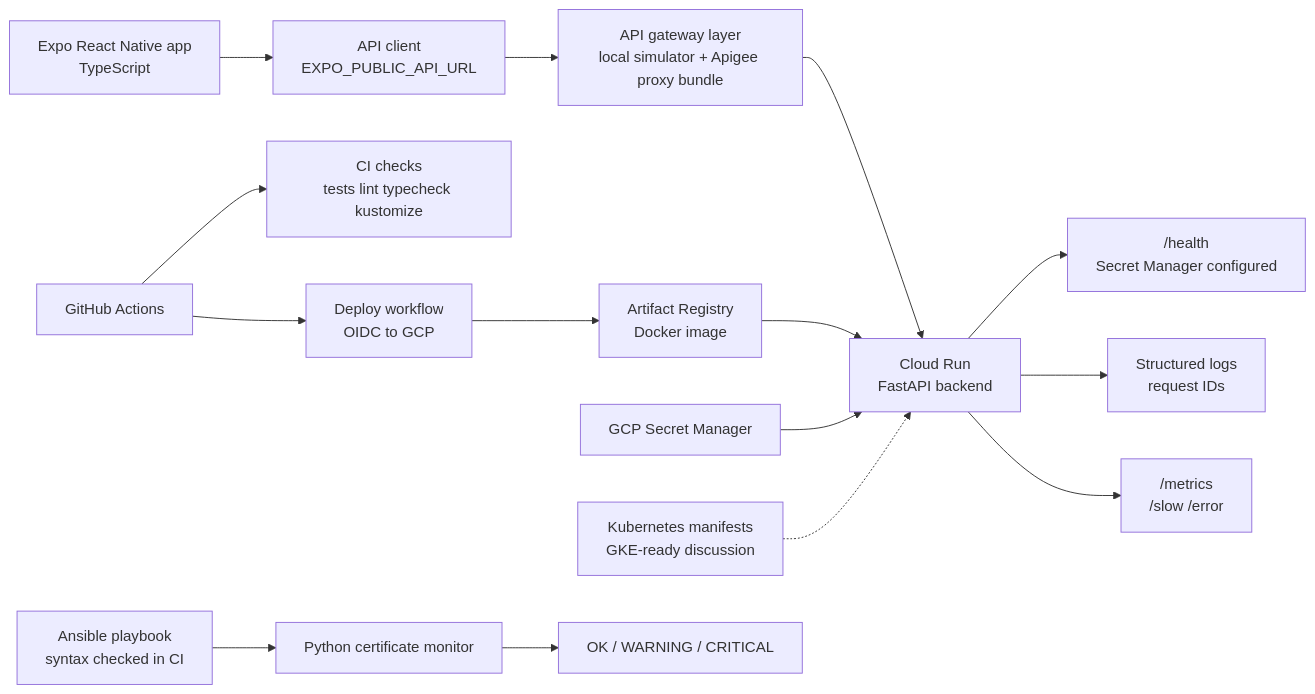
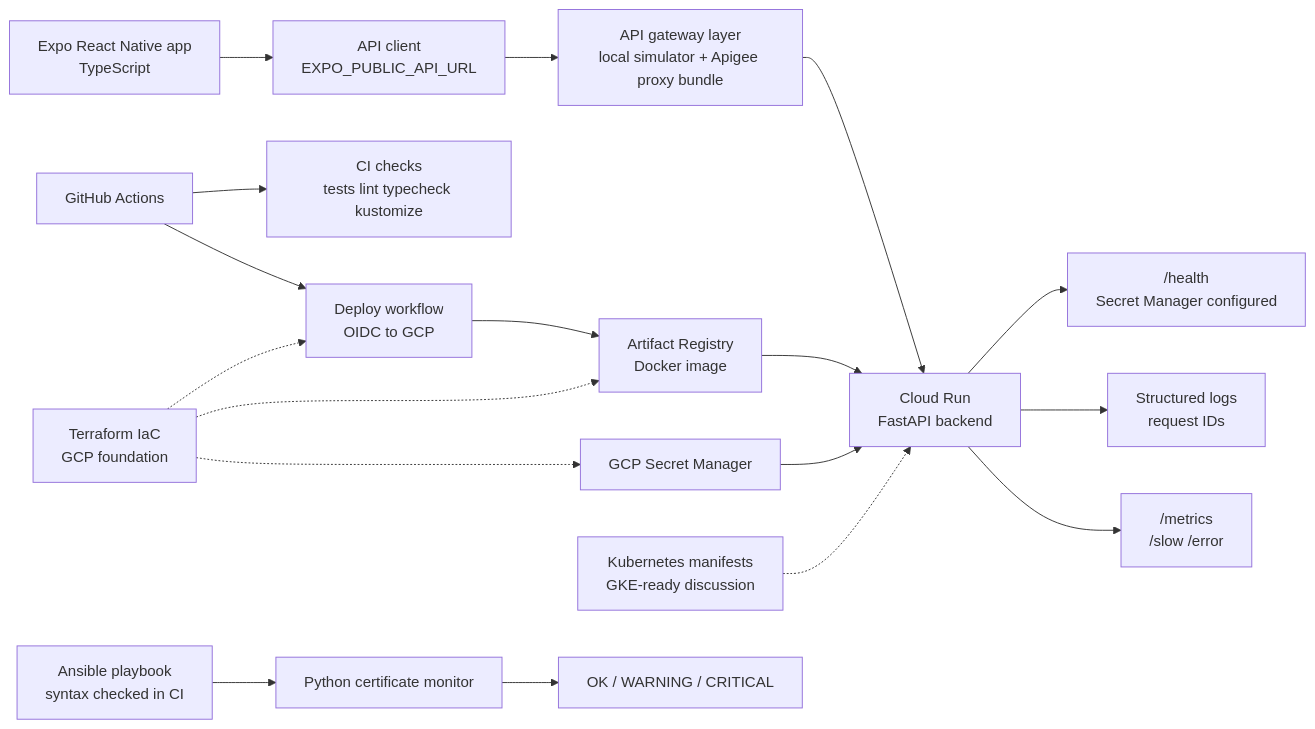
The diagram in README.md (HarishDarko/mobile-platform-reliability-lab), drawn with Mermaid before and after one commit. The commit also changed other lines of this file and 9 other files, not shown here.

Commit message:
Add Terraform GCP foundation

````diff
--- a/README.md
+++ b/README.md
@@ -27,17 +28,20 @@
 ```mermaid
 flowchart LR
     Mobile["Expo React Native app<br/>TypeScript"] --> ApiClient["API client<br/>EXPO_PUBLIC_API_URL"]
     ApiClient --> Gateway["API gateway layer<br/>local simulator + Apigee proxy bundle"]
     Gateway --> CloudRun["Cloud Run<br/>FastAPI backend"]
     CloudRun --> Health["/health<br/>Secret Manager configured"]
     CloudRun --> Logs["Structured logs<br/>request IDs"]
     CloudRun --> Metrics["/metrics<br/>/slow /error"]
     Actions["GitHub Actions"] --> Checks["CI checks<br/>tests lint typecheck kustomize"]
     Actions --> Deploy["Deploy workflow<br/>OIDC to GCP"]
+    Terraform["Terraform IaC<br/>GCP foundation"] -.-> Deploy
     Deploy --> Registry["Artifact Registry<br/>Docker image"]
     Registry --> CloudRun
+    Terraform -.-> Registry
     SecretManager["GCP Secret Manager"] --> CloudRun
+    Terraform -.-> SecretManager
     K8s["Kubernetes manifests<br/>GKE-ready discussion"] -.-> CloudRun
     Ansible["Ansible playbook<br/>syntax checked in CI"] --> Certs["Python certificate monitor"]
     Certs --> Alerts["OK / WARNING / CRITICAL"]
 ```
````
